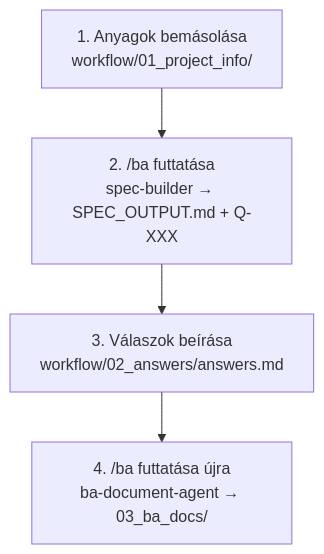
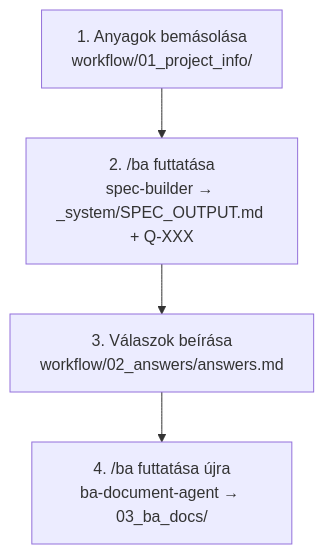
One commit to exphoenee/ba-team-docs changed the second of 2 diagrams in Handbook.md. Above: the diagram before and after it, drawn with Mermaid. The commit also changed other lines of this file and 10 other files, not shown here.

````diff
--- a/Handbook.md
+++ b/Handbook.md
@@ -360,9 +360,9 @@
 ```mermaid
 flowchart TD
     Step1["1. Anyagok bemásolása\nworkflow/01_project_info/"]
-    Step2["2. /ba futtatása\nspec-builder → SPEC_OUTPUT.md + Q-XXX"]
+    Step2["2. /ba futtatása\nspec-builder → _system/SPEC_OUTPUT.md + Q-XXX"]
     Step3["3. Válaszok beírása\nworkflow/02_answers/answers.md"]
     Step4["4. /ba futtatása újra\nba-document-agent → 03_ba_docs/"]
 
     Step1 --> Step2 --> Step3 --> Step4
 ```
````
